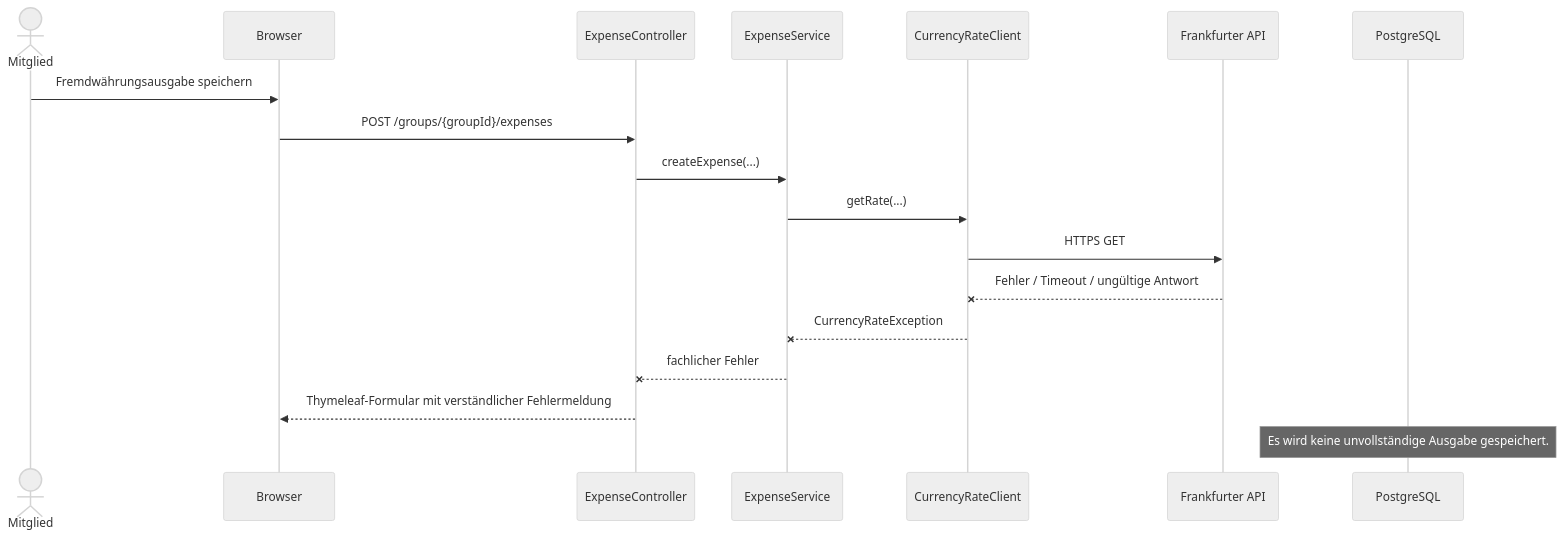
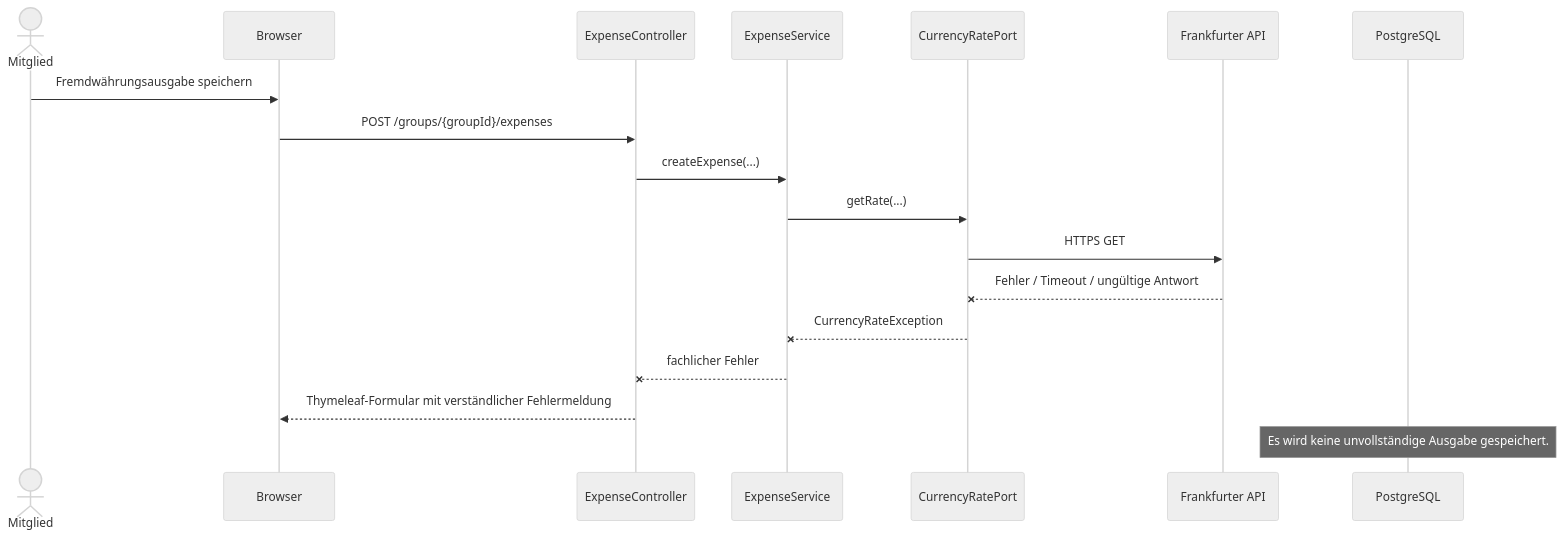
One commit to Bunyamin0101/WK_1106_CampusSplit changed the sixth of 10 diagrams in Architektur/A06-runtime-view.md. Above: the diagram before and after it, drawn with Mermaid (neutral theme). The commit also changed other lines of this file and 2 other files, not shown here.

Commit message:
docs(architecture): align building blocks and runtime with implementation

````diff
--- a/Architektur/A06-runtime-view.md
+++ b/Architektur/A06-runtime-view.md
@@ -284,21 +283,21 @@
 ```mermaid
 sequenceDiagram
     actor Mitglied
     participant Browser
     participant Controller as ExpenseController
     participant ExpenseSvc as ExpenseService
-    participant FX as CurrencyRateClient
+    participant FX as CurrencyRatePort
     participant Frank as Frankfurter API
     participant DB as PostgreSQL
 
     Mitglied->>Browser: Fremdwährungsausgabe speichern
     Browser->>Controller: POST /groups/{groupId}/expenses
     Controller->>ExpenseSvc: createExpense(...)
     ExpenseSvc->>FX: getRate(...)
     FX->>Frank: HTTPS GET
     Frank--xFX: Fehler / Timeout / ungültige Antwort
     FX--xExpenseSvc: CurrencyRateException
     ExpenseSvc--xController: fachlicher Fehler
     Controller-->>Browser: Thymeleaf-Formular mit verständlicher Fehlermeldung
     Note over DB: Es wird keine unvollständige Ausgabe gespeichert.
 ```
````
